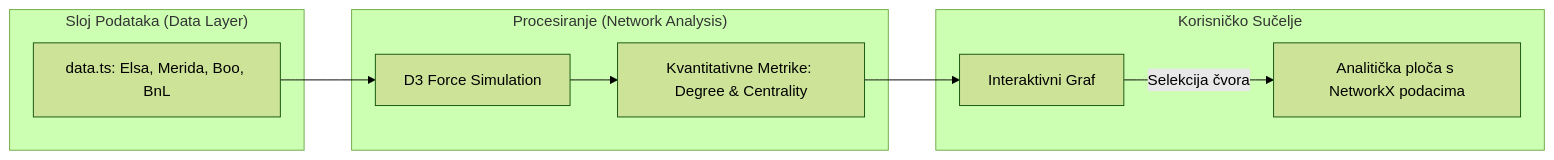
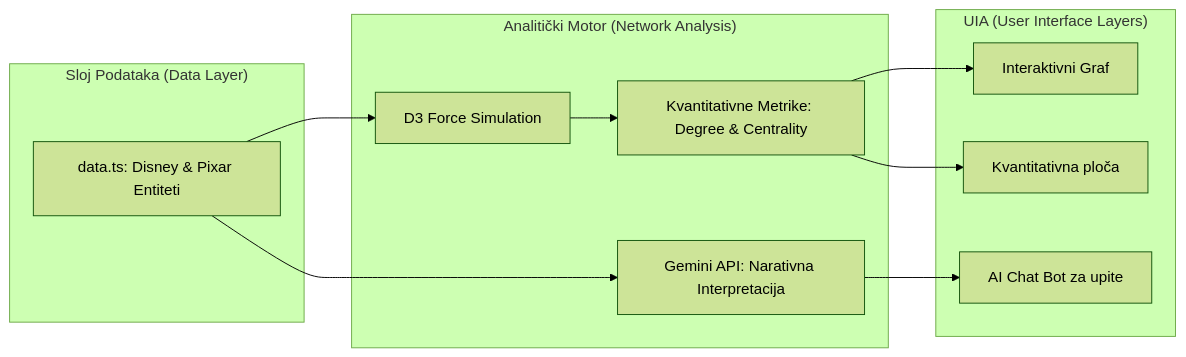
One commit to kupriienkoliza2005-eng/-Disney changed the first of 2 diagrams in report/report_1.md. Above: the diagram before and after it, drawn with Mermaid (forest theme). The commit also changed other lines of this file and 5 other files, not shown here.

First line of the commit message:
feat: Integrate Gemini AI for interactive chat

````diff
--- a/report/report_1.md
+++ b/report/report_1.md
@@ -31,21 +44,25 @@
 ```mermaid
 graph LR
     subgraph "Sloj Podataka (Data Layer)"
-        DS[data.ts: Elsa, Merida, Boo, BnL]
+        DS[data.ts: Disney & Pixar Entiteti]
     end
     
-    subgraph "Procesiranje (Network Analysis)"
+    subgraph "Analitički Motor (Network Analysis)"
         SF[D3 Force Simulation]
         NX[Kvantitativne Metrike: Degree & Centrality]
+        AI[Gemini API: Narativna Interpretacija]
     end
     
-    subgraph "Korisničko Sučelje"
+    subgraph "UIA (User Interface Layers)"
         SVG[Interaktivni Graf]
-        Panel[Analitička ploča s NetworkX podacima]
+        Chat[AI Chat Bot za upite]
+        Stats[Kvantitativna ploča]
     end
     
     DS --> SF
     SF --> NX
     NX --> SVG
-    SVG -- "Selekcija čvora" --> Panel
+    NX --> Stats
+    DS --> AI
+    AI --> Chat
 ```
````
